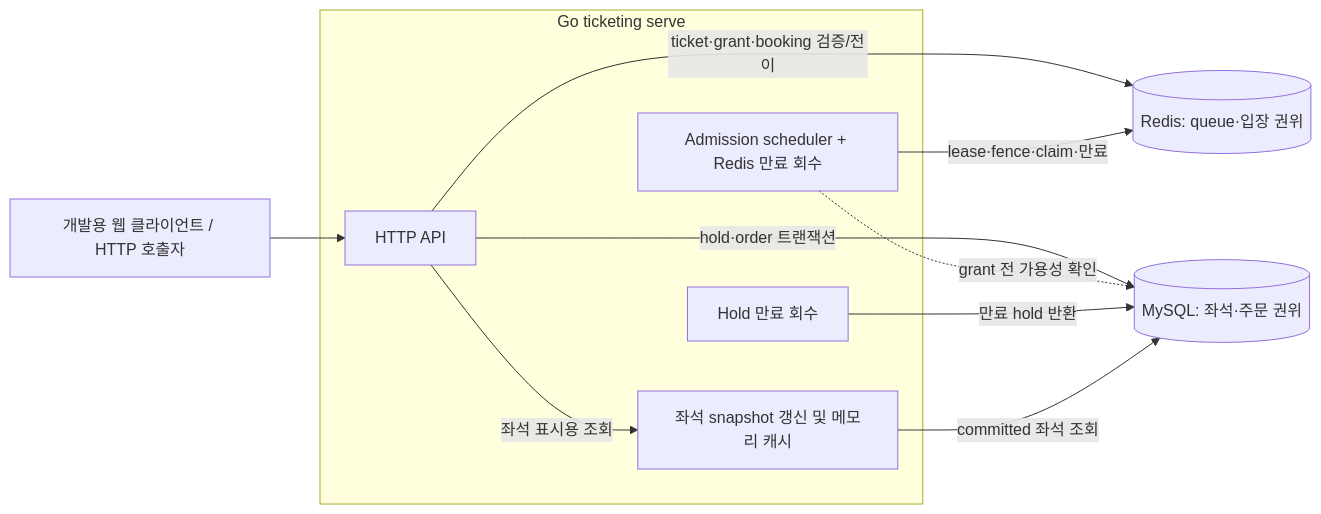
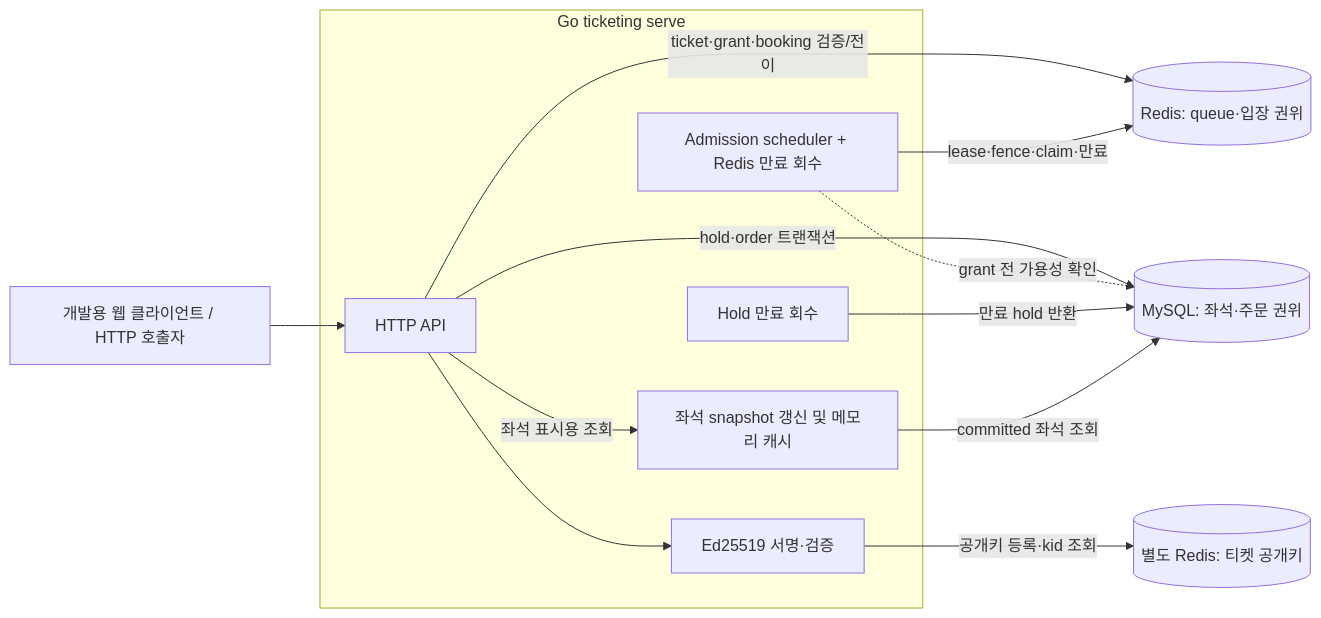
The diagram in docs/architecture.md (snowmerak/ticketing), drawn with Mermaid before and after one commit. The commit also changed other lines of this file and 26 other files, not shown here.

````diff
--- a/docs/architecture.md
+++ b/docs/architecture.md
@@ -17,17 +17,20 @@
 ```mermaid
 flowchart LR
     U[개발용 웹 클라이언트 / HTTP 호출자] --> H
     subgraph G[Go ticketing serve]
         H[HTTP API]
         Q[Admission scheduler + Redis 만료 회수]
         B[Hold 만료 회수]
         C[좌석 snapshot 갱신 및 메모리 캐시]
+        T[Ed25519 서명·검증]
     end
     H -->|ticket·grant·booking 검증/전이| R[(Redis: queue·입장 권위)]
     Q -->|lease·fence·claim·만료| R
     H -->|hold·order 트랜잭션| M[(MySQL: 좌석·주문 권위)]
     Q -.->|grant 전 가용성 확인| M
     B -->|만료 hold 반환| M
     C -->|committed 좌석 조회| M
     H -->|좌석 표시용 조회| C
+    H --> T
+    T -->|공개키 등록·kid 조회| K[(별도 Redis: 티켓 공개키)]
 ```
````
